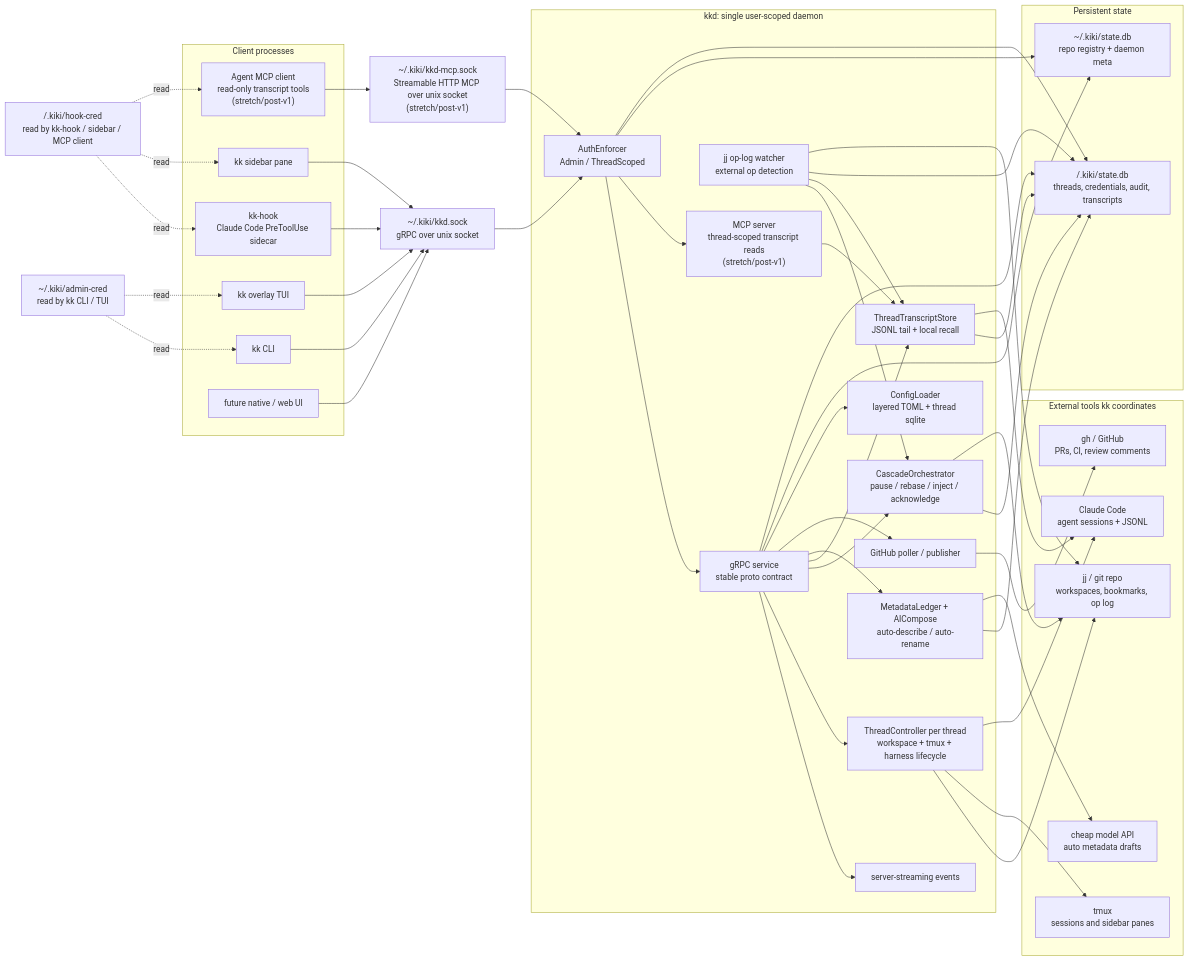
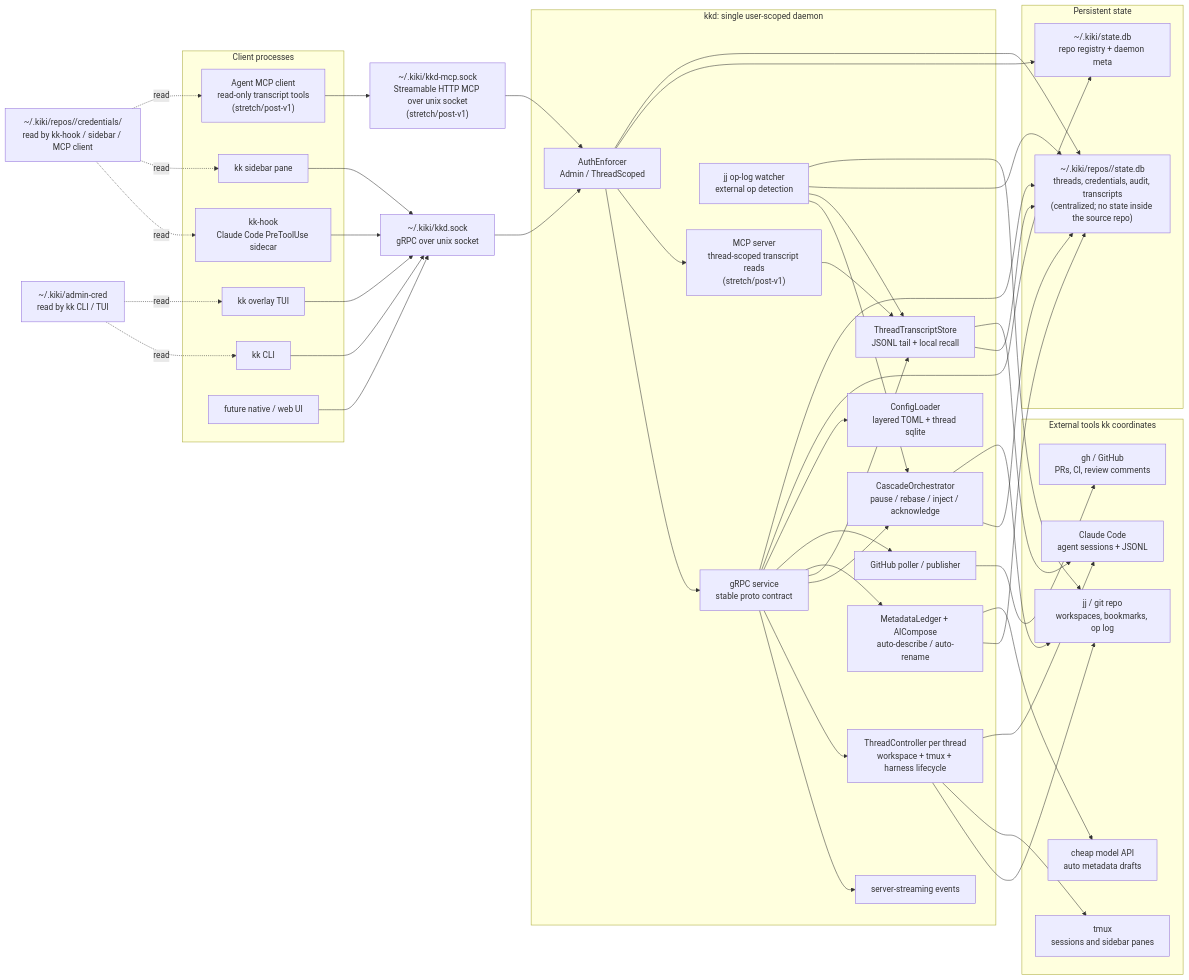
The diagram in docs/reference/book/15-architecture/README.md (skeswa/kiki), drawn with Mermaid before and after one commit. The commit also changed 13 other files, not shown here.

```diff
--- a/docs/reference/book/15-architecture/README.md
+++ b/docs/reference/book/15-architecture/README.md
@@ -29,7 +29,7 @@
     GrpcSock["~/.kiki/kkd.sock\ngRPC over unix socket"]
     McpSock["~/.kiki/kkd-mcp.sock\nStreamable HTTP MCP over unix socket\n(stretch/post-v1)"]
     AdminCred["~/.kiki/admin-cred\nread by kk CLI / TUI"]
-    HookCred["<workspace>/.kiki/hook-cred\nread by kk-hook / sidebar / MCP client"]
+    HookCred["~/.kiki/repos/<repo_id>/credentials/<thread_id>\nread by kk-hook / sidebar / MCP client"]
 
     AdminCred -. read .-> CLI
     AdminCred -. read .-> TUI
@@ -72,7 +72,7 @@
 
     subgraph State["Persistent state"]
         UserDb["~/.kiki/state.db\nrepo registry + daemon meta"]
-        RepoDb["<repo>/.kiki/state.db\nthreads, credentials, audit, transcripts"]
+        RepoDb["~/.kiki/repos/<repo_id>/state.db\nthreads, credentials, audit, transcripts\n(centralized; no state inside the source repo)"]
     end
 
     Auth --> UserDb
```
